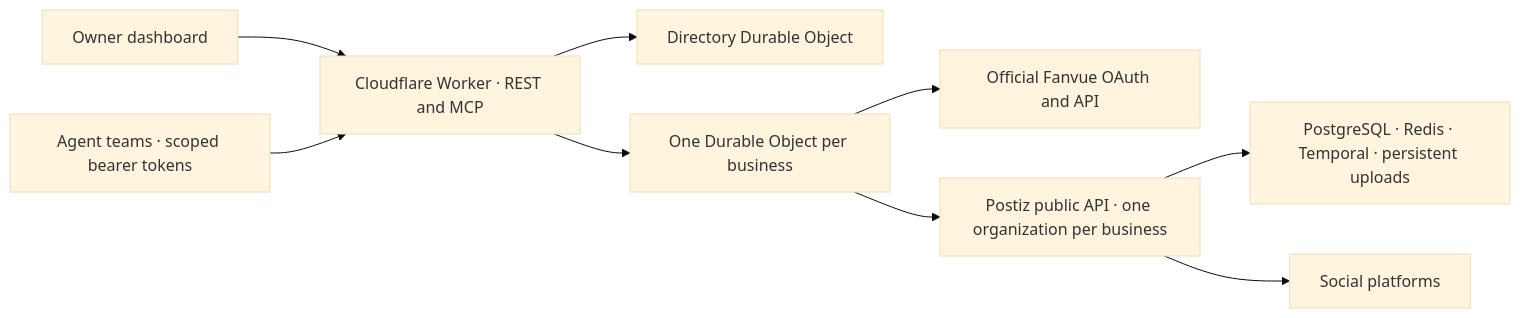
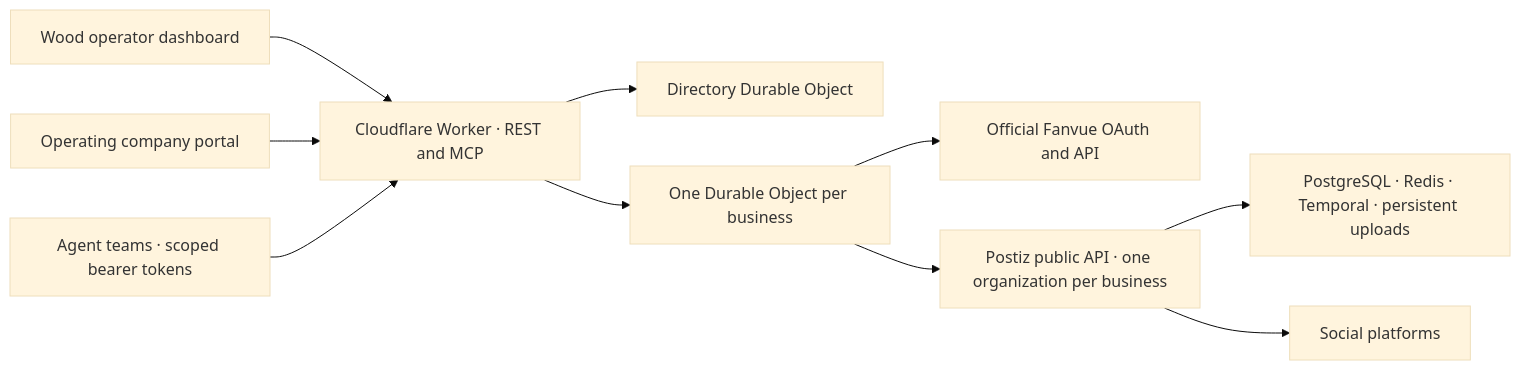
One commit to holycyberbatman/postiz-app changed the diagram in apps/business-hub/README.md. Above: the diagram before and after it, drawn with Mermaid (base theme). The commit also changed other lines of this file and 18 other files, not shown here.

Commit message:
Add Wood Enterprises managed company onboarding and service launch

````diff
--- a/apps/business-hub/README.md
+++ b/apps/business-hub/README.md
@@ -21,11 +24,12 @@
 ```mermaid
 flowchart LR
-  Owner[Owner dashboard] --> Hub[Cloudflare Worker · REST and MCP]
+  Owner[Wood operator dashboard] --> Hub[Cloudflare Worker · REST and MCP]
+  Company[Operating company portal] --> Hub
   Agents[Agent teams · scoped bearer tokens] --> Hub
   Hub --> Directory[Directory Durable Object]
   Hub --> Business[One Durable Object per business]
   Business --> Fanvue[Official Fanvue OAuth and API]
   Business --> Postiz[Postiz public API · one organization per business]
   Postiz --> Services[PostgreSQL · Redis · Temporal · persistent uploads]
   Postiz --> Social[Social platforms]
 ```
````
